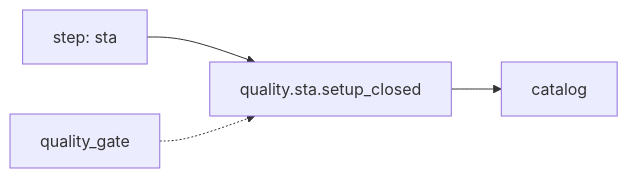
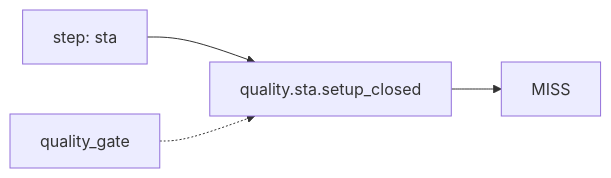
Before and after one commit to openecos-projects/ecc: diagram 15 of 53 in .github/signoff-board/signoff-kanban.md, drawn with Mermaid. The commit also changed other lines of this file and 2 other files, not shown here.

First line of the commit message:
feat(signoff): add performance / iSTA catalog slots (43 metrics)

````diff
--- a/.github/signoff-board/signoff-kanban.md
+++ b/.github/signoff-board/signoff-kanban.md
@@ -412,6 +444,6 @@
 ```mermaid
 flowchart LR
   step_quality_sta_setup_closed["step: sta"] --> metric_quality_sta_setup_closed["quality.sta.setup_closed"]
-  metric_quality_sta_setup_closed --> state_quality_sta_setup_closed["catalog"]
+  metric_quality_sta_setup_closed --> state_quality_sta_setup_closed["MISS"]
   cat_quality_sta_setup_closed["quality_gate"] -.-> metric_quality_sta_setup_closed
 ```
````
